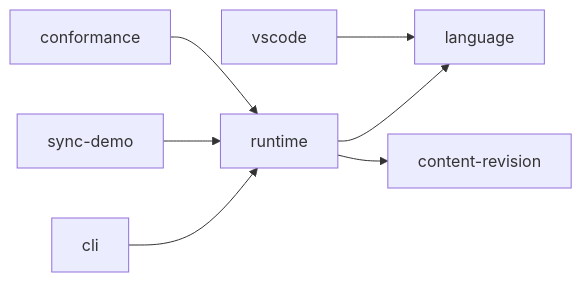
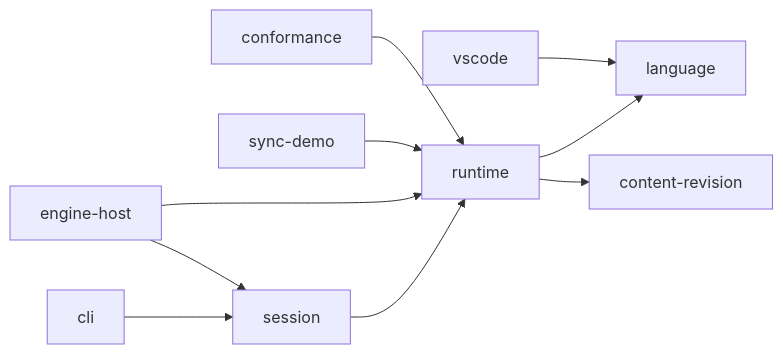
The second of 2 diagrams in AGENTS.md (typedblite/typedblite), drawn with Mermaid before and after one commit. The commit also changed other lines of this file and 87 other files, not shown here.

First line of the commit message:
feat(engine-host): the core, and @typedblite/session shared with the CLI

````diff
--- a/AGENTS.md
+++ b/AGENTS.md
@@ -25,9 +27,12 @@
 ```mermaid
 flowchart LR
-  cli --> runtime
+  cli --> session
+  session --> runtime
+  engine-host --> session
+  engine-host --> runtime
   sync-demo --> runtime
   conformance --> runtime
   runtime --> language
   runtime --> content-revision
   vscode --> language
 ```
````
